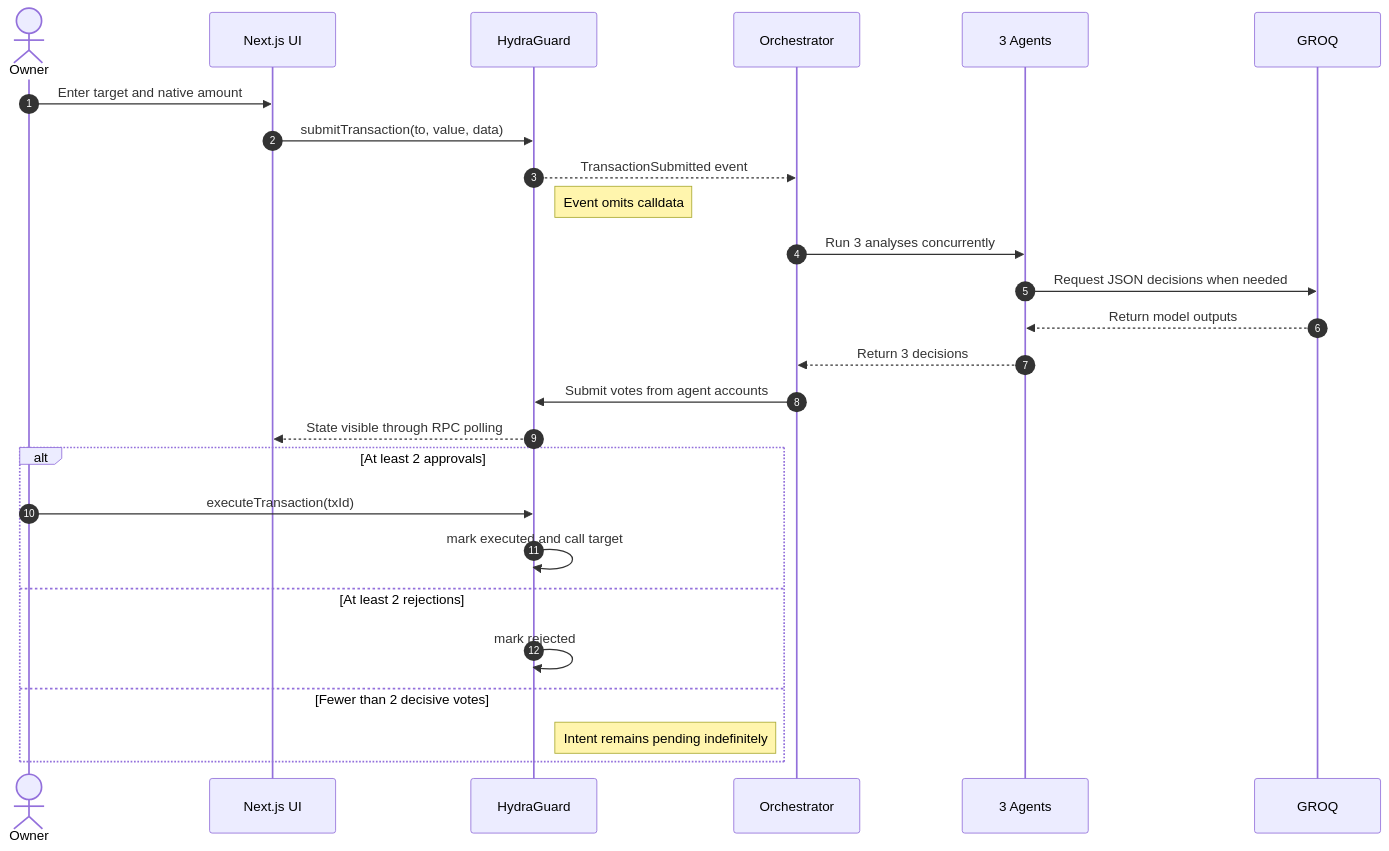
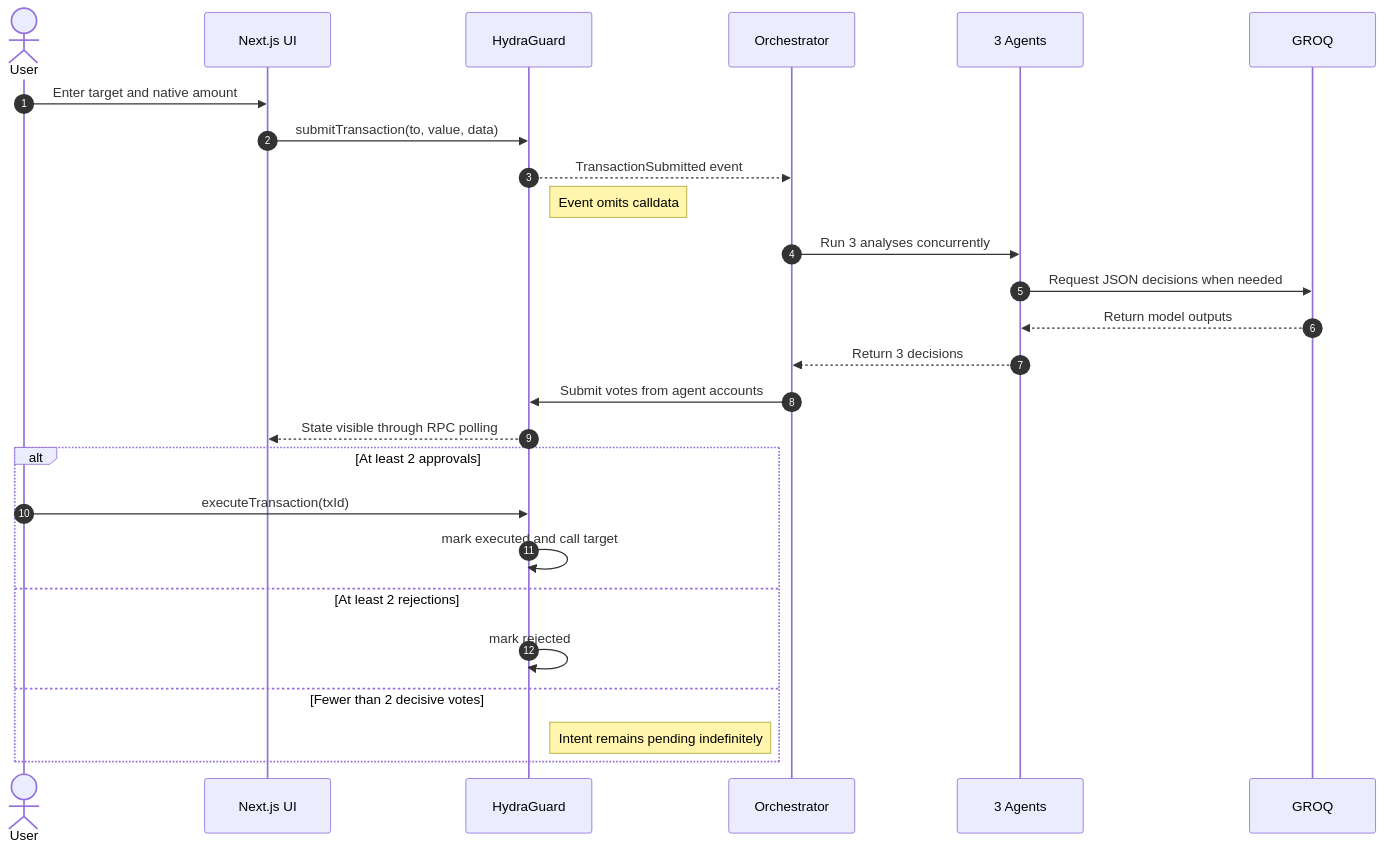
The second of 3 diagrams in ARCHITECTURE.md (karagozemin/HYDRA), drawn with Mermaid before and after one commit. The commit also changed other lines of this file and 16 other files, not shown here.

Commit message:
feat: update HYDRA's transaction model to allow any wallet to submit transactions, enhancing flexibility and security; revise documentation for clarity on user roles and execution process

````diff
--- a/ARCHITECTURE.md
+++ b/ARCHITECTURE.md
@@ -134,29 +135,29 @@
 ```mermaid
 sequenceDiagram
     autonumber
-    actor Owner
+    actor User
     participant UI as Next.js UI
     participant Guard as HydraGuard
     participant Orch as Orchestrator
     participant Agents as 3 Agents
     participant Groq as GROQ
 
-    Owner->>UI: Enter target and native amount
+    User->>UI: Enter target and native amount
     UI->>Guard: submitTransaction(to, value, data)
     Guard-->>Orch: TransactionSubmitted event
     Note right of Guard: Event omits calldata
     Orch->>Agents: Run 3 analyses concurrently
     Agents->>Groq: Request JSON decisions when needed
     Groq-->>Agents: Return model outputs
     Agents-->>Orch: Return 3 decisions
     Orch->>Guard: Submit votes from agent accounts
     Guard-->>UI: State visible through RPC polling
     alt At least 2 approvals
-        Owner->>Guard: executeTransaction(txId)
+        User->>Guard: executeTransaction(txId)
         Guard->>Guard: mark executed and call target
     else At least 2 rejections
         Guard->>Guard: mark rejected
     else Fewer than 2 decisive votes
         Note right of Guard: Intent remains pending indefinitely
     end
 ```
````
